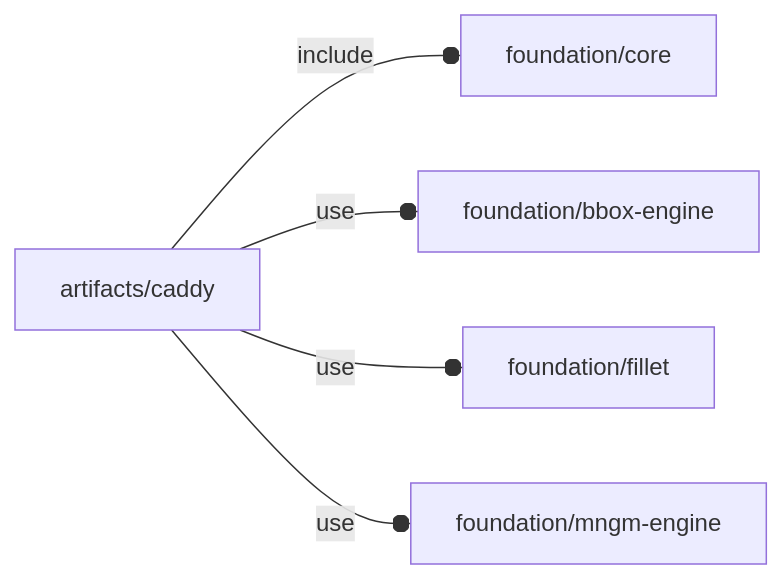
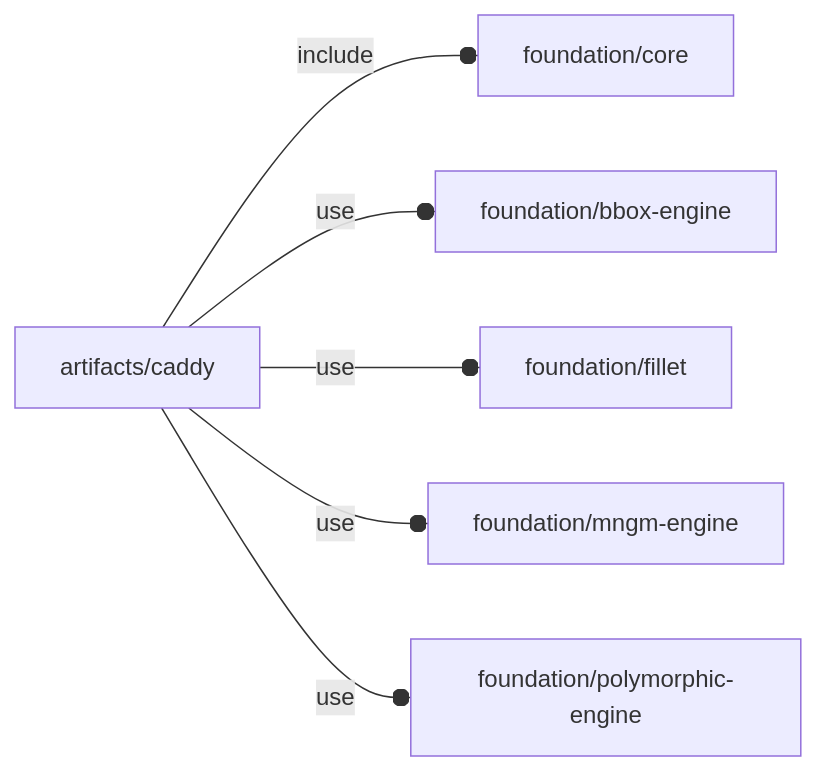
Before and after one commit to ggabbiani/OFL: the diagram in orthodocs/artifacts/caddy.md, drawn with Mermaid. The commit also changed 10 other files, not shown here.

````diff
--- a/orthodocs/artifacts/caddy.md
+++ b/orthodocs/artifacts/caddy.md
@@ -5,7 +5,8 @@
 ```mermaid
 graph LR
     A1[artifacts/caddy] --o|include| A2[foundation/core]
     A1 --o|use| A3[foundation/bbox-engine]
     A1 --o|use| A4[foundation/fillet]
     A1 --o|use| A5[foundation/mngm-engine]
+    A1 --o|use| A6[foundation/polymorphic-engine]
 ```
````
